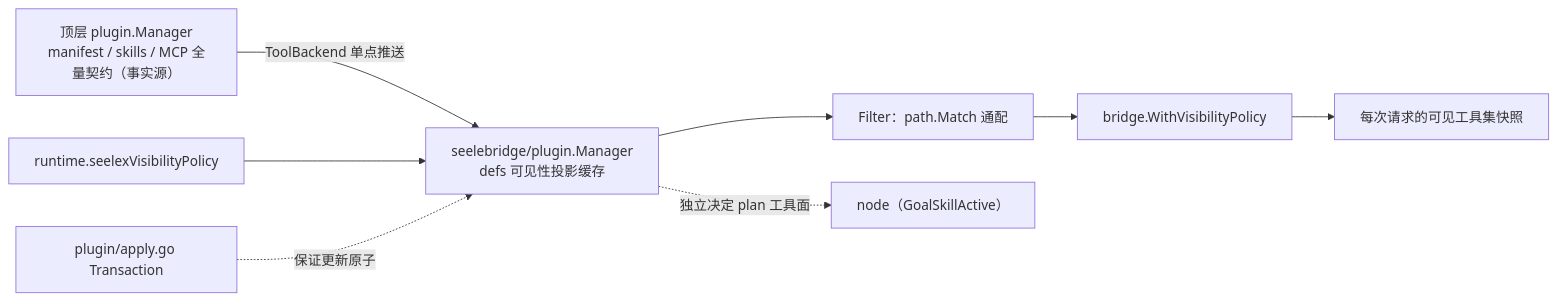
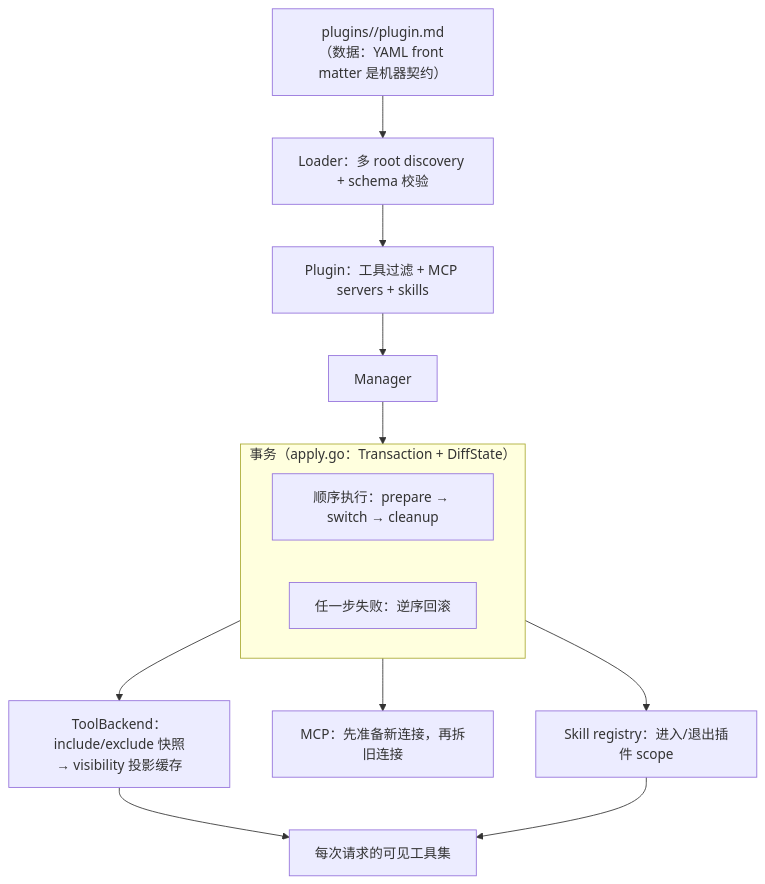
The first of 2 diagrams in backend/engine/plugin/README.md (RedHuang-0622/seelex), drawn with Mermaid before and after one commit. The commit also changed other lines of this file and 41 other files, not shown here.

First line of the commit message:
refactor(arch): M5-R9b plugin 归位 backend/engine/plugin，可见性缓存退子包（plan §2.5）

````diff
--- a/backend/engine/plugin/README.md
+++ b/backend/engine/plugin/README.md
@@ -25,10 +13,18 @@
 ```mermaid
-flowchart LR
-    SOURCE["顶层 plugin.Manager<br/>manifest / skills / MCP 全量契约（事实源）"] -->|ToolBackend 单点推送| MGR["seelebridge/plugin.Manager<br/>defs 可见性投影缓存"]
-    ROOT["runtime.seelexVisibilityPolicy"] --> MGR
-    MGR --> FILTER["Filter：path.Match 通配"]
-    FILTER --> BRIDGE["bridge.WithVisibilityPolicy"]
-    BRIDGE --> REQ["每次请求的可见工具集快照"]
-    TX["plugin/apply.go Transaction"] -.->|保证更新原子| MGR
-    MGR -.->|独立决定 plan 工具面| NODE["node（GoalSkillActive）"]
+flowchart TB
+    DATA["plugins/<name>/plugin.md<br/>（数据：YAML front matter 是机器契约）"] --> LOADER["Loader：多 root discovery + schema 校验"]
+    LOADER --> P["Plugin：工具过滤 + MCP servers + skills"]
+    P --> MGR["Manager"]
+
+    subgraph TX["事务（apply.go：Transaction + DiffState）"]
+        STEP["顺序执行：prepare → switch → cleanup"]
+        ROLL["任一步失败：逆序回滚"]
+    end
+
+    MGR --> TX
+    TX --> TOOL["ToolBackend：include/exclude 快照<br/>→ visibility 投影缓存"]
+    TX --> MCP["MCP：先准备新连接，再拆旧连接"]
+    TX --> SKILL["Skill registry：进入/退出插件 scope"]
+    TOOL --> REQ["每次请求的可见工具集"]
+    SKILL --> REQ
 ```
````
